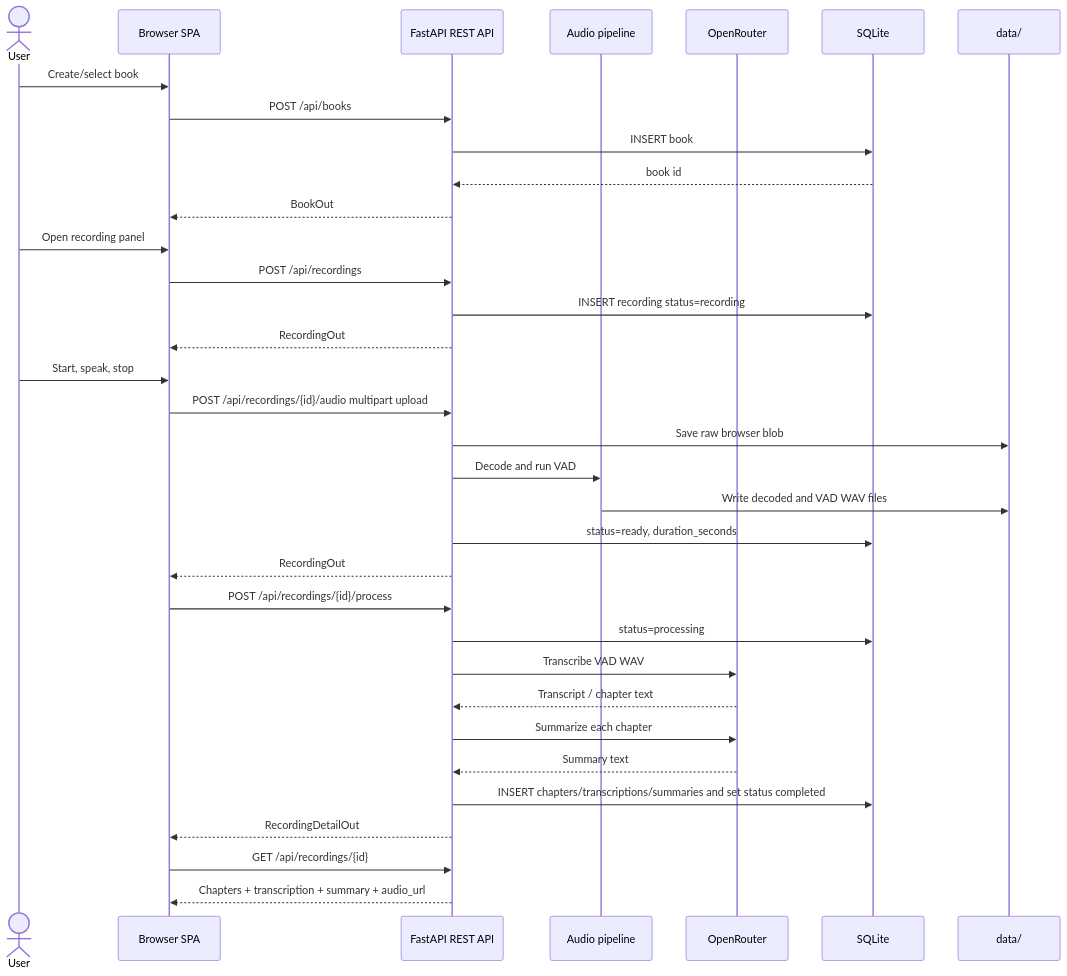
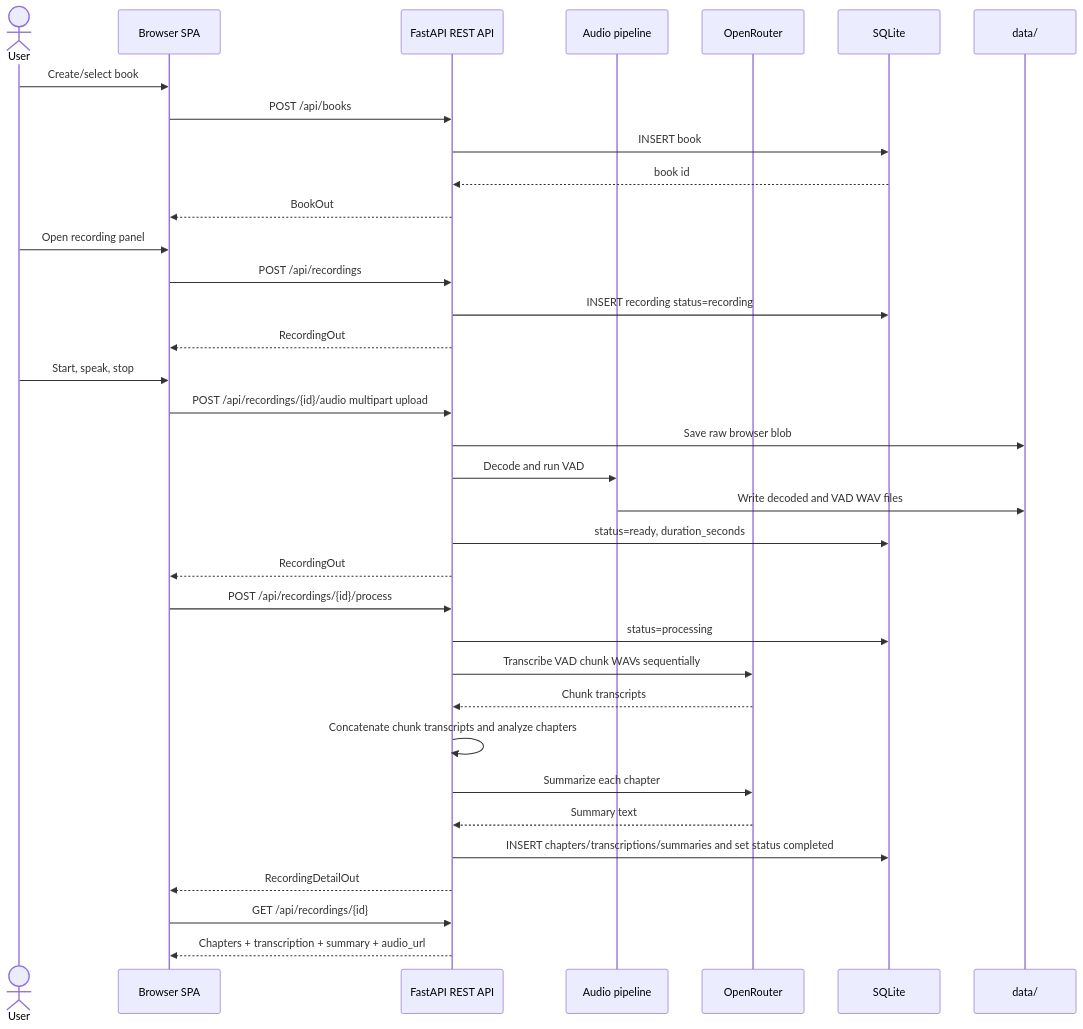
Before and after one commit to gamer4et/summarization-memory-helper: the third of 6 diagrams in README.md, drawn with Mermaid. The commit also changed other lines of this file and 19 other files, not shown here.

````diff
--- a/README.md
+++ b/README.md
@@ -452,41 +503,42 @@
 ```mermaid
 sequenceDiagram
     actor User
     participant UI as Browser SPA
     participant API as FastAPI REST API
     participant Audio as Audio pipeline
     participant OR as OpenRouter
     participant DB as SQLite
     participant Disk as data/
 
     User->>UI: Create/select book
     UI->>API: POST /api/books
     API->>DB: INSERT book
     DB-->>API: book id
     API-->>UI: BookOut
 
     User->>UI: Open recording panel
     UI->>API: POST /api/recordings
     API->>DB: INSERT recording status=recording
     API-->>UI: RecordingOut
 
     User->>UI: Start, speak, stop
     UI->>API: POST /api/recordings/{id}/audio multipart upload
     API->>Disk: Save raw browser blob
     API->>Audio: Decode and run VAD
     Audio->>Disk: Write decoded and VAD WAV files
     API->>DB: status=ready, duration_seconds
     API-->>UI: RecordingOut
 
     UI->>API: POST /api/recordings/{id}/process
     API->>DB: status=processing
-    API->>OR: Transcribe VAD WAV
-    OR-->>API: Transcript / chapter text
+    API->>OR: Transcribe VAD chunk WAVs sequentially
+    OR-->>API: Chunk transcripts
+    API->>API: Concatenate chunk transcripts and analyze chapters
     API->>OR: Summarize each chapter
     OR-->>API: Summary text
     API->>DB: INSERT chapters/transcriptions/summaries and set status completed
     API-->>UI: RecordingDetailOut
 
     UI->>API: GET /api/recordings/{id}
     API-->>UI: Chapters + transcription + summary + audio_url
 ```
````
